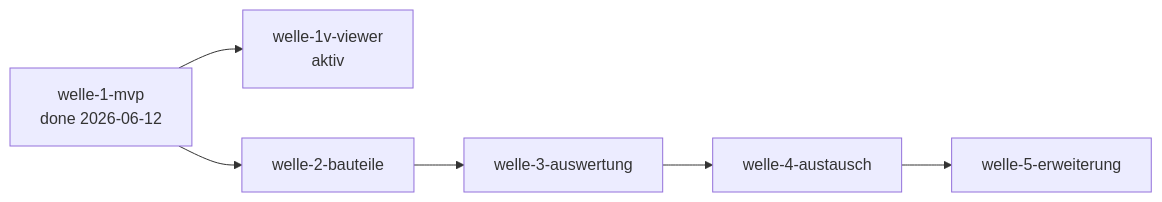
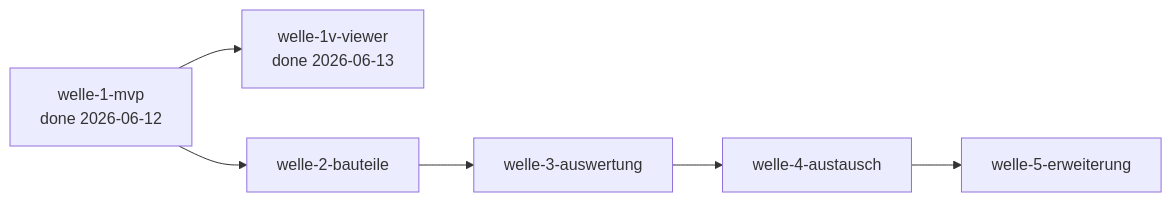
The diagram in docs/plan/planning/in-progress/roadmap.md (pt9912/b-cad), drawn with Mermaid before and after one commit. The commit also changed other lines of this file and 2 other files, not shown here.

First line of the commit message:
docs(plan): Welle-Closure welle-1v-viewer — Ergebnisnotiz + Roadmap-Umbuchung (ACC-002, LH-FA-D3-002)

````diff
--- a/docs/plan/planning/in-progress/roadmap.md
+++ b/docs/plan/planning/in-progress/roadmap.md
@@ -64,12 +42,12 @@
 ```mermaid
 flowchart LR
     W1[welle-1-mvp<br/>done 2026-06-12]
-    W1V[welle-1v-viewer<br/>aktiv]
+    W1V[welle-1v-viewer<br/>done 2026-06-13]
     W2[welle-2-bauteile]
     W3[welle-3-auswertung]
     W4[welle-4-austausch]
     W5[welle-5-erweiterung]
 
     W1 --> W1V
     W1 --> W2 --> W3 --> W4 --> W5
 ```
````
